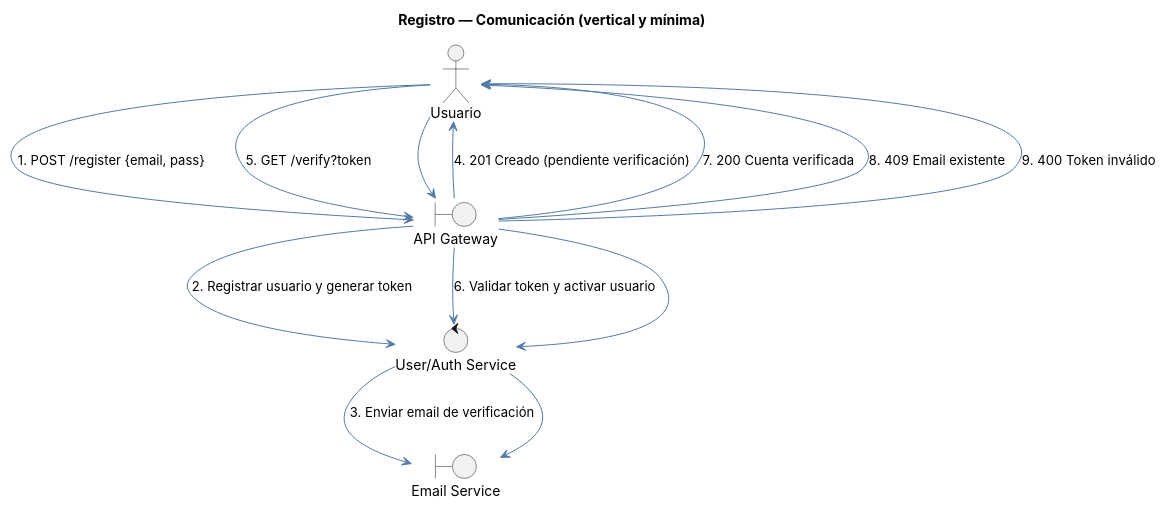
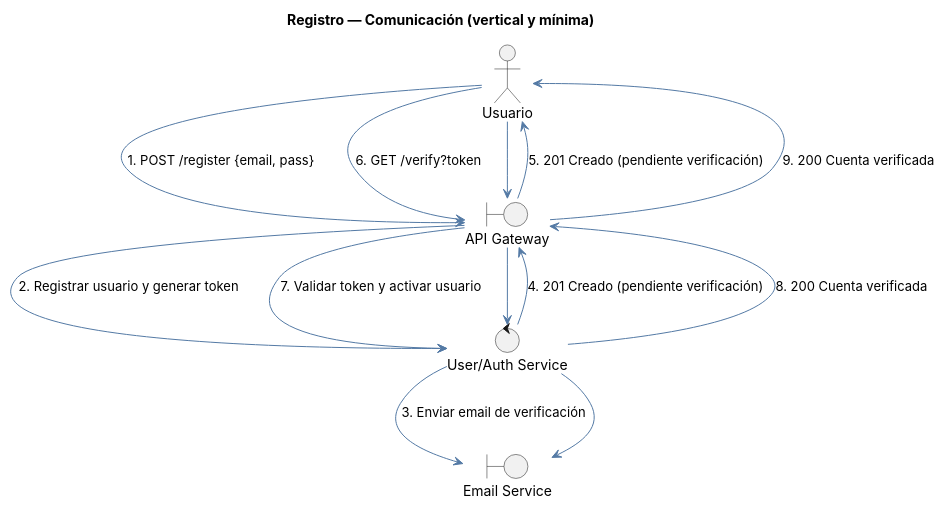
One commit to pepesan/enterprise-architect-avanzado-uml changed the diagram in doc/00_ejercicios/02_biblioteca/22_comunicacion_registro_usuario.puml. Above: the diagram before and after it, drawn with PlantUML.

Commit message:
resuelto ejercicio de comunicación de alta de usuario

```diff
--- a/doc/00_ejercicios/02_biblioteca/22_comunicacion_registro_usuario.puml
+++ b/doc/00_ejercicios/02_biblioteca/22_comunicacion_registro_usuario.puml
@@ -1,32 +1,31 @@
 @startuml
 title Registro — Comunicación (vertical y mínima)
 
 skinparam layoutDirection top to bottom
 skinparam ArrowColor #547AA5
 skinparam defaultFontName Inter
 
 actor U as "Usuario"
 boundary API as "API Gateway"
 control SVC as "User/Auth Service"
 boundary MAIL as "Email Service"
 
 ' Estructura vertical
 U -down-> API
 API -down-> SVC
 SVC -down-> MAIL
 
 ' Flujo principal
 U -> API : 1. POST /register {email, pass}
 API -> SVC : 2. Registrar usuario y generar token
 SVC -> MAIL : 3. Enviar email de verificación
-API --> U : 4. 201 Creado (pendiente verificación)
+SVC --> API : 4. 201 Creado (pendiente verificación)
+API --> U : 5. 201 Creado (pendiente verificación)
 
 ' Verificación
-U -> API : 5. GET /verify?token
-API -> SVC : 6. Validar token y activar usuario
-API --> U : 7. 200 Cuenta verificada
+U -> API : 6. GET /verify?token
+API -> SVC : 7. Validar token y activar usuario
+SVC --> API : 8. 200 Cuenta verificada
+API --> U : 9. 200 Cuenta verificada
 
-' Errores
-API --> U : 8. 409 Email existente
-API --> U : 9. 400 Token inválido
 @enduml
```
